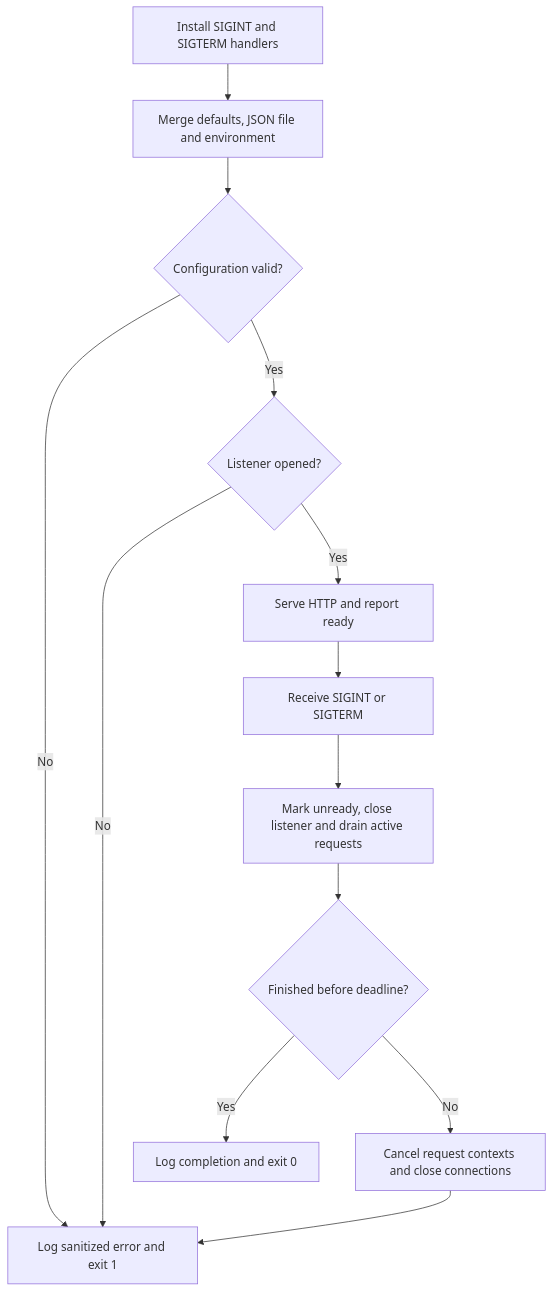
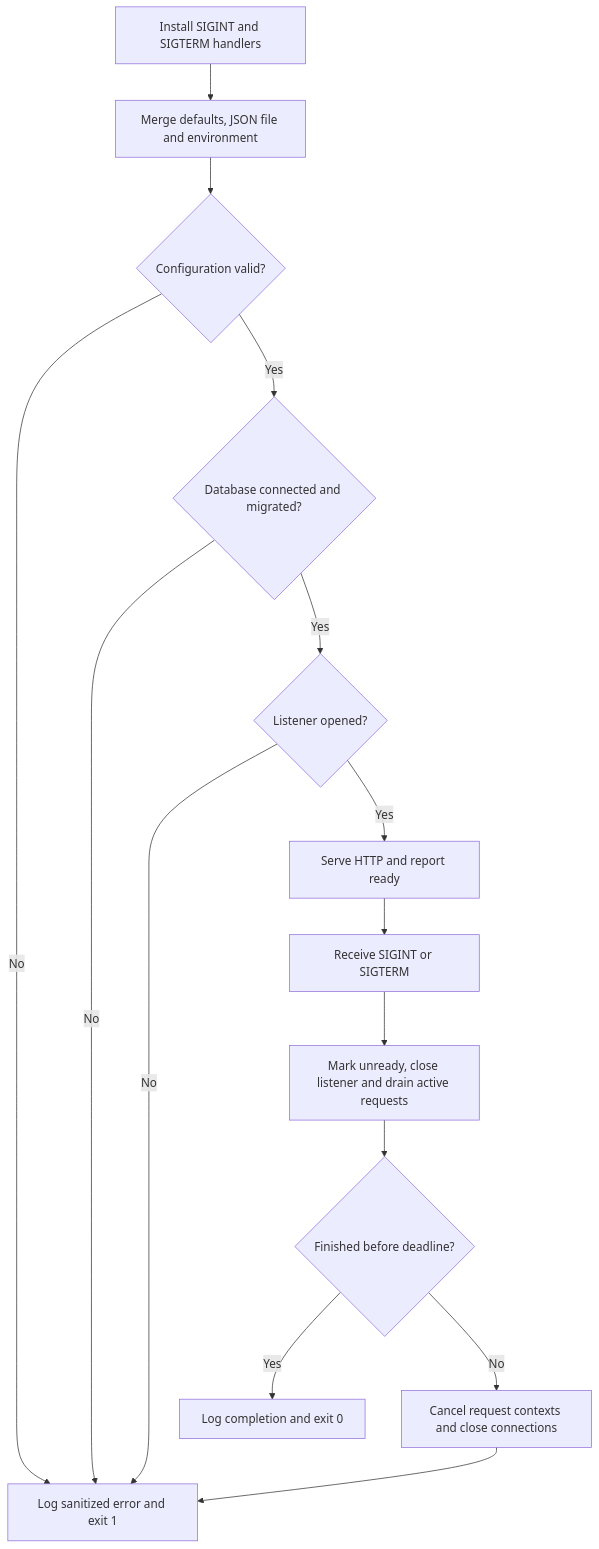
Before and after one commit to lfreixial/ParcelVault: the second of 4 diagrams in docs/diagrams/scaffold.md, drawn with Mermaid. The commit also changed other lines of this file and 16 other files, not shown here.

````diff
--- a/docs/diagrams/scaffold.md
+++ b/docs/diagrams/scaffold.md
@@ -19,15 +21,17 @@
 ```mermaid
 flowchart TD
     Start[Install SIGINT and SIGTERM handlers] --> Config[Merge defaults, JSON file and environment]
     Config --> Validate{Configuration valid?}
     Validate -->|No| Fail[Log sanitized error and exit 1]
-    Validate -->|Yes| Bind{Listener opened?}
+    Validate -->|Yes| Storage{Database connected and migrated?}
+    Storage -->|No| Fail
+    Storage -->|Yes| Bind{Listener opened?}
     Bind -->|No| Fail
     Bind -->|Yes| Serve[Serve HTTP and report ready]
     Serve --> Signal[Receive SIGINT or SIGTERM]
     Signal --> Drain[Mark unready, close listener and drain active requests]
     Drain --> Done{Finished before deadline?}
     Done -->|Yes| Exit[Log completion and exit 0]
     Done -->|No| Force[Cancel request contexts and close connections]
     Force --> Fail
 ```
````
